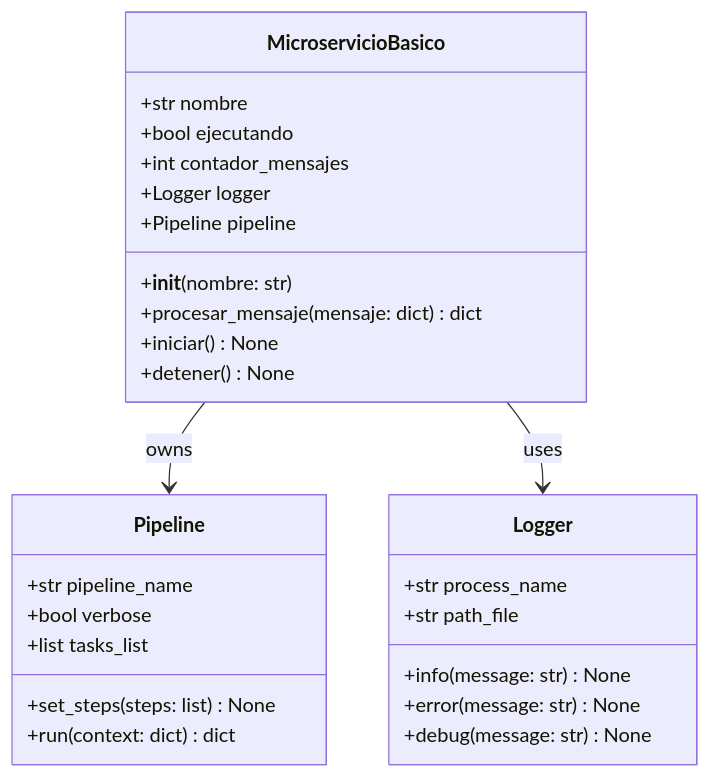
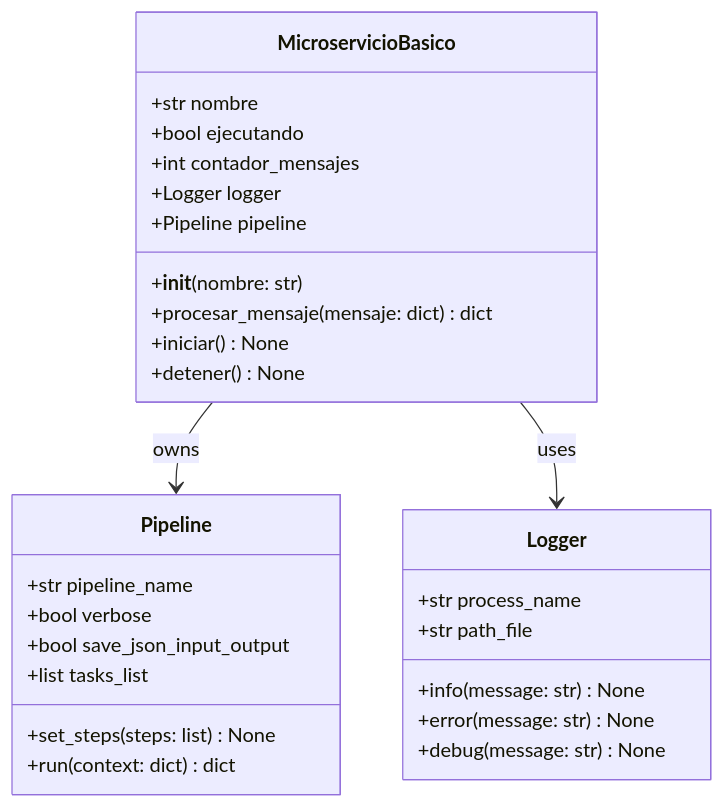
Before and after one commit to wisrovi/wpipe: the second of 5 diagrams in extra_readmes/05_data_diagrams_models.md, drawn with Mermaid. The commit also changed 16 other files, not shown here.

First line of the commit message:
[FEATURE] Add save_json_input_output flag to control tracking payload storage

````diff
--- a/extra_readmes/05_data_diagrams_models.md
+++ b/extra_readmes/05_data_diagrams_models.md
@@ -60,33 +60,34 @@
 ```mermaid
 classDiagram
     class MicroservicioBasico {
         +str nombre
         +bool ejecutando
         +int contador_mensajes
         +Logger logger
         +Pipeline pipeline
         +__init__(nombre: str)
         +procesar_mensaje(mensaje: dict) dict
         +iniciar() None
         +detener() None
     }
     
     class Pipeline {
         +str pipeline_name
         +bool verbose
+        +bool save_json_input_output
         +list tasks_list
         +set_steps(steps: list) None
         +run(context: dict) dict
     }
     
     class Logger {
         +str process_name
         +str path_file
         +info(message: str) None
         +error(message: str) None
         +debug(message: str) None
     }
     
     MicroservicioBasico --> Pipeline : owns
     MicroservicioBasico --> Logger : uses
 ```
````
